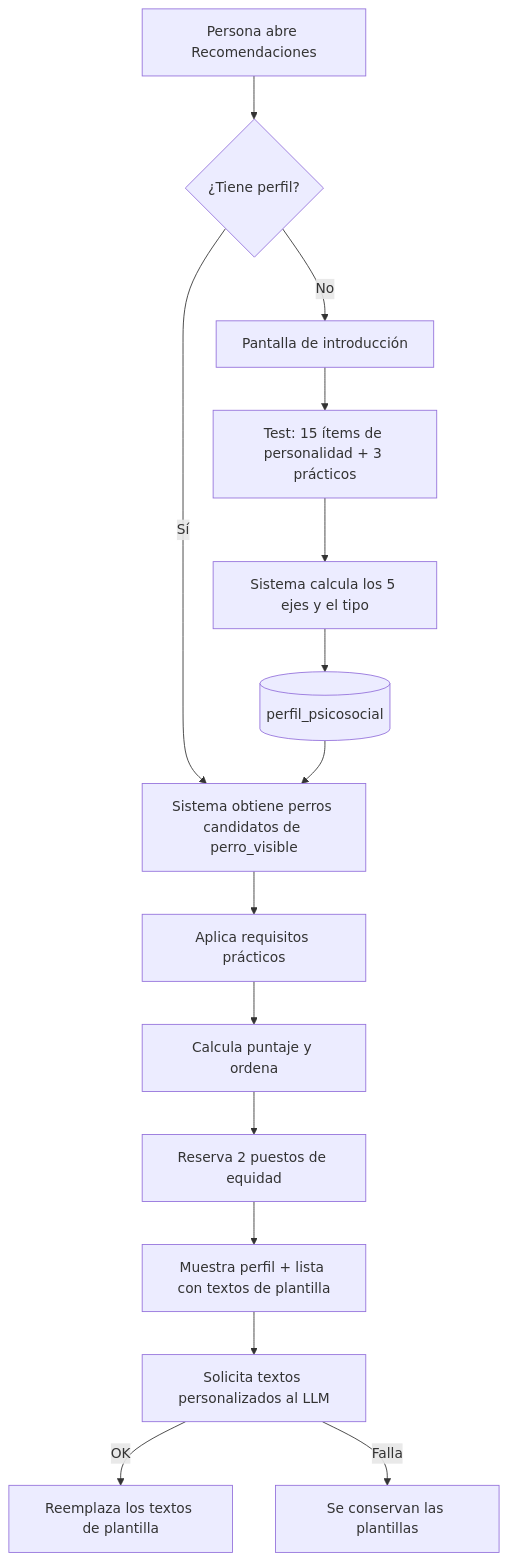
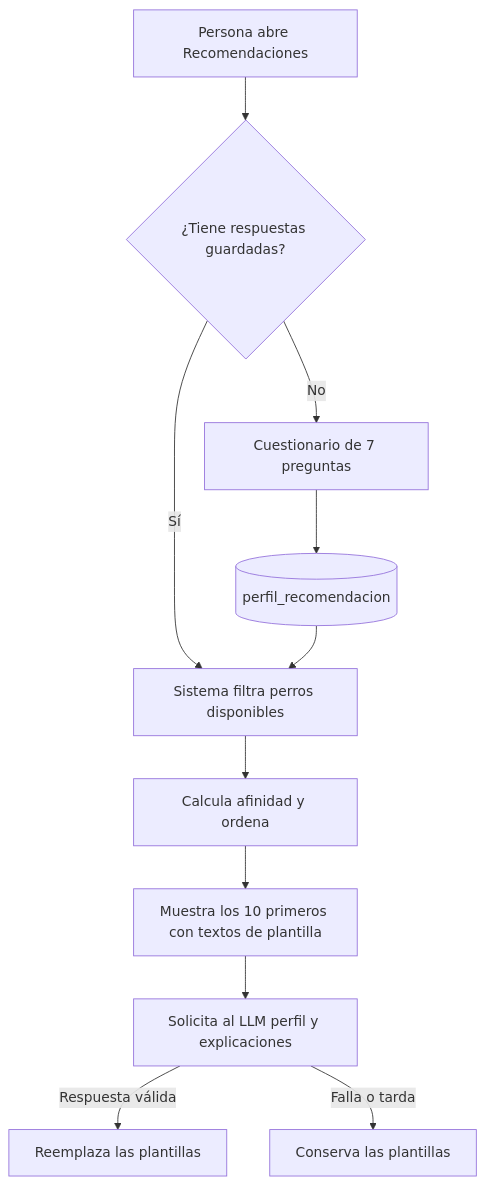
One commit to Magdala-Commitee-Corporation/adogtame-docs changed the diagram in Adogtame_recomendacion_especificacion.md. Above: the diagram before and after it, drawn with Mermaid. The commit also changed other lines of this file, not shown here.

````diff
--- a/Adogtame_recomendacion_especificacion.md
+++ b/Adogtame_recomendacion_especificacion.md
@@ -72,17 +74,13 @@
 ```mermaid
 flowchart TD
-    A[Persona abre Recomendaciones] --> B{¿Tiene perfil?}
-    B -- No --> C[Pantalla de introducción]
-    C --> D[Test: 15 ítems de personalidad + 3 prácticos]
-    D --> E[Sistema calcula los 5 ejes y el tipo]
-    E --> F[(perfil_psicosocial)]
-    B -- Sí --> G
-    F --> G[Sistema obtiene perros candidatos de perro_visible]
-    G --> H[Aplica requisitos prácticos]
-    H --> I[Calcula puntaje y ordena]
-    I --> J[Reserva 2 puestos de equidad]
-    J --> K[Muestra perfil + lista con textos de plantilla]
-    K --> L[Solicita textos personalizados al LLM]
-    L -- OK --> M[Reemplaza los textos de plantilla]
-    L -- Falla --> N[Se conservan las plantillas]
+    A[Persona abre Recomendaciones] --> B{¿Tiene respuestas guardadas?}
+    B -- No --> C[Cuestionario de 7 preguntas]
+    C --> D[(perfil_recomendacion)]
+    B -- Sí --> E
+    D --> E[Sistema filtra perros disponibles]
+    E --> F[Calcula afinidad y ordena]
+    F --> G[Muestra los 10 primeros con textos de plantilla]
+    G --> H[Solicita al LLM perfil y explicaciones]
+    H -- Respuesta válida --> I[Reemplaza las plantillas]
+    H -- Falla o tarda --> J[Conserva las plantillas]
 ```
````
